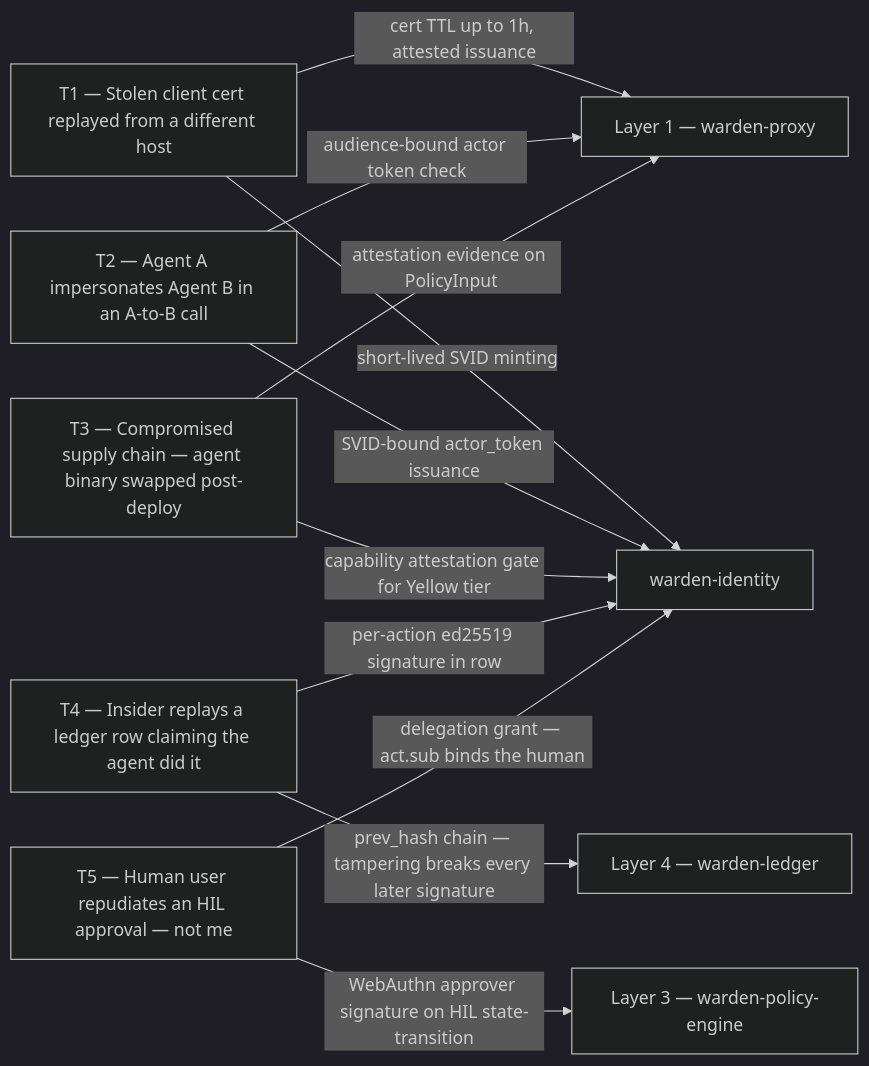
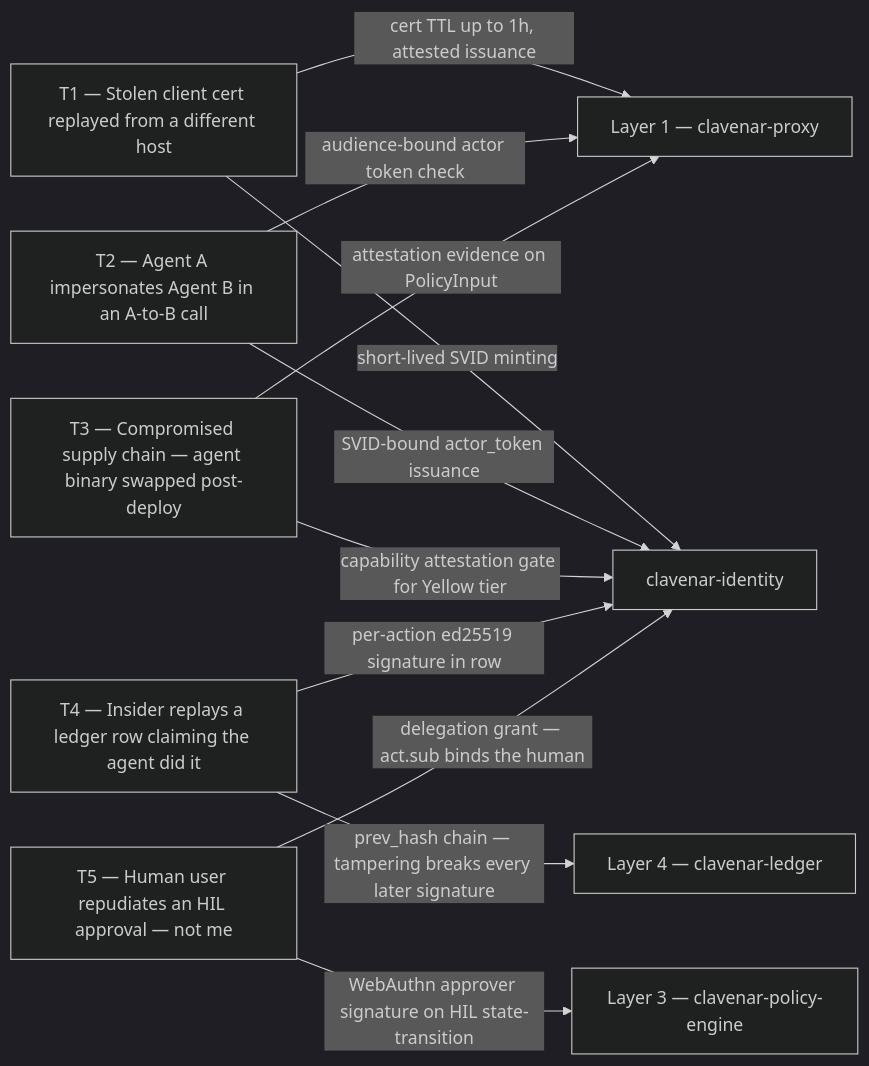
One commit to clavenar/clavenar-specs changed the second of 2 diagrams in TECH_SPEC.md. Above: the diagram before and after it, drawn with Mermaid (dark theme). The commit also changed other lines of this file and 7 other files, not shown here.

First line of the commit message:
rename product Agent Warden → Clavenar

````diff
--- a/TECH_SPEC.md
+++ b/TECH_SPEC.md
@@ -3379,24 +3379,24 @@
 ```mermaid
 flowchart LR
   T1[T1 — Stolen client cert replayed from a different host]
   T2[T2 — Agent A impersonates Agent B in an A-to-B call]
   T3[T3 — Compromised supply chain — agent binary swapped post-deploy]
   T4[T4 — Insider replays a ledger row claiming the agent did it]
   T5[T5 — Human user repudiates an HIL approval — not me]
 
-  L1[Layer 1 — warden-proxy]
-  ID[warden-identity]
-  L3[Layer 3 — warden-policy-engine]
-  L4[Layer 4 — warden-ledger]
+  L1[Layer 1 — clavenar-proxy]
+  ID[clavenar-identity]
+  L3[Layer 3 — clavenar-policy-engine]
+  L4[Layer 4 — clavenar-ledger]
 
   T1 -->|cert TTL up to 1h, attested issuance| L1
   T1 -->|short-lived SVID minting| ID
   T2 -->|audience-bound actor token check| L1
   T2 -->|SVID-bound actor_token issuance| ID
   T3 -->|attestation evidence on PolicyInput| L1
   T3 -->|capability attestation gate for Yellow tier| ID
   T4 -->|per-action ed25519 signature in row| ID
   T4 -->|prev_hash chain — tampering breaks every later signature| L4
   T5 -->|delegation grant — act.sub binds the human| ID
   T5 -->|WebAuthn approver signature on HIL state-transition| L3
 ```
````
